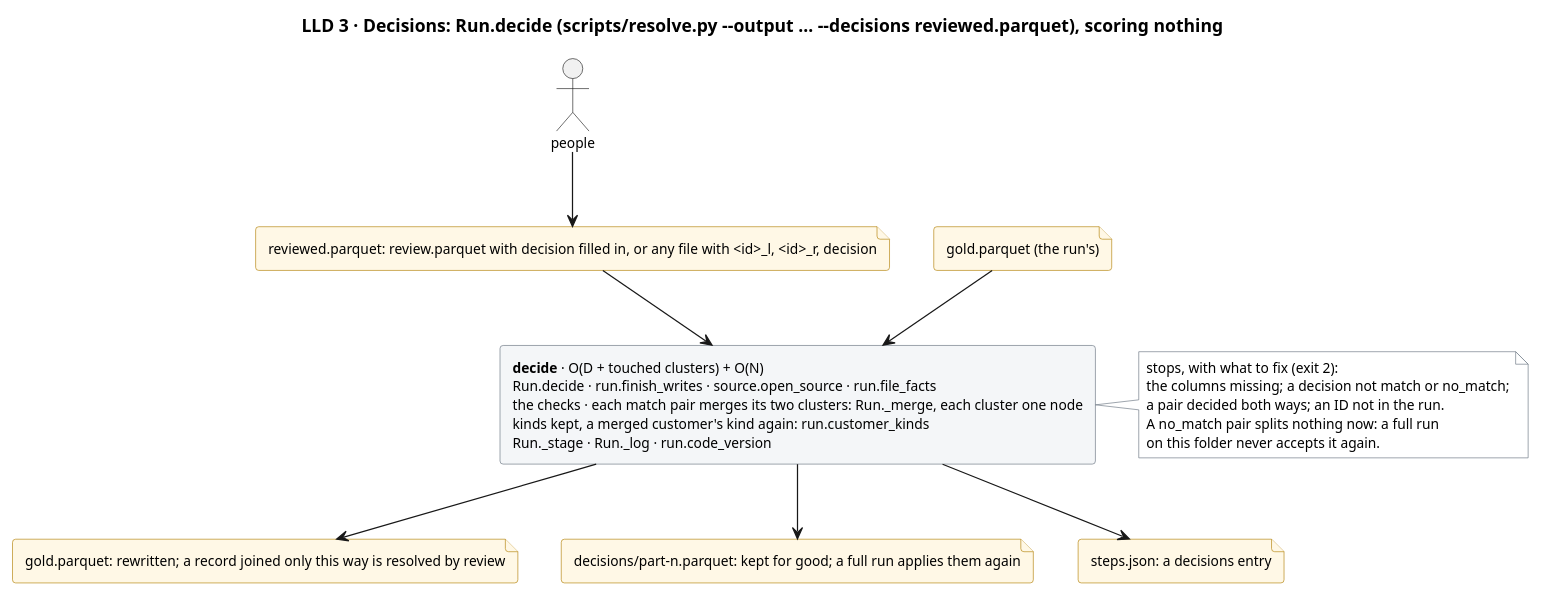
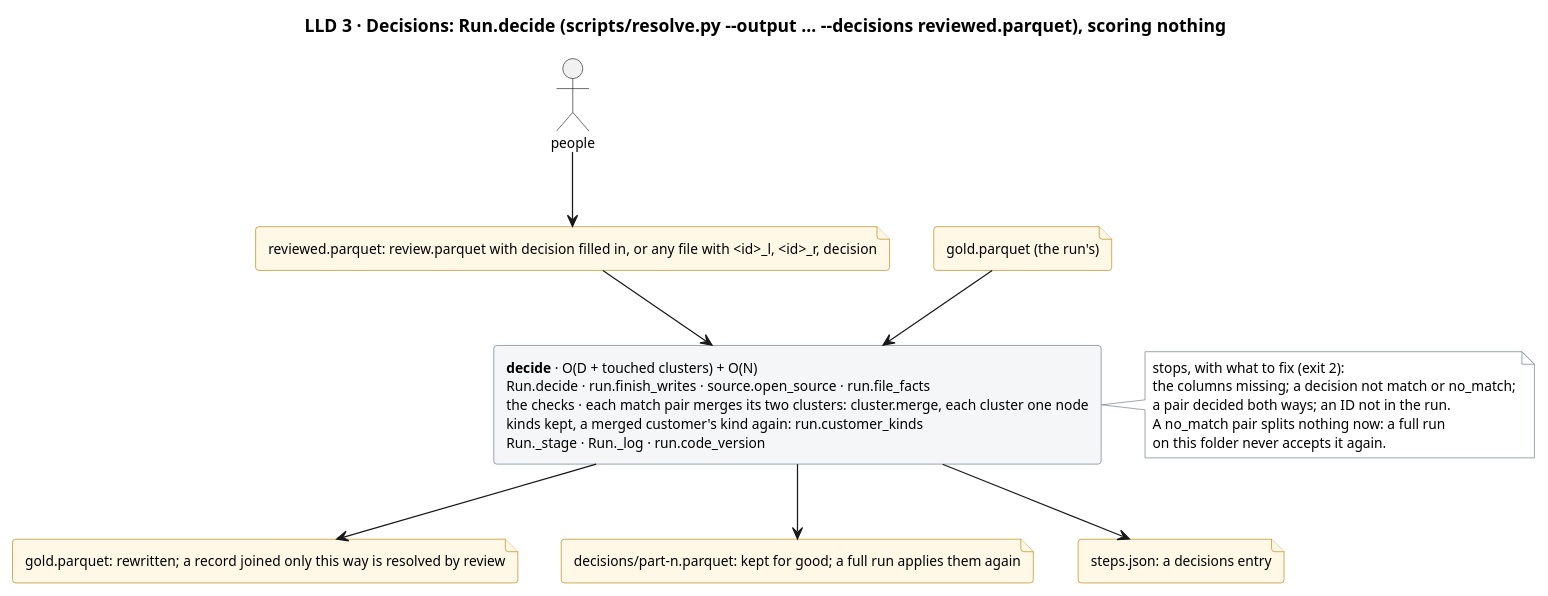
One commit to mvsbm/entity_matching changed the diagram in docs/diagrams/decisions.puml. Above: the diagram before and after it, drawn with PlantUML. The commit also changed 27 other files, not shown here.

First line of the commit message:
One engine: design time measures the run itself

```diff
--- a/docs/diagrams/decisions.puml
+++ b/docs/diagrams/decisions.puml
@@ -1,41 +1,41 @@
 @startuml decisions
 title LLD 3 · Decisions: Run.decide (scripts/resolve.py ~--output … ~--decisions reviewed.parquet), scoring nothing
 skinparam defaultFontSize 11
 skinparam rectangle {
   BackgroundColor #F4F6F8
   BorderColor #65717E
 }
 skinparam file {
   BackgroundColor #FFF8E6
   BorderColor #B07D00
 }
 skinparam note {
   BackgroundColor #FFFFFF
   BorderColor #65717E
 }
 
 actor "people" as people
 file "reviewed.parquet: review.parquet with decision filled in, or any file with <id>_l, <id>_r, decision" as f_decided
 file "gold.parquet (the run's)" as f_gold_in
 
-rectangle "<b>decide</b> · O(D + touched clusters) + O(N)\nRun.decide · run.finish_writes · source.open_source · run.file_facts\nthe checks · each match pair merges its two clusters: Run._merge, each cluster one node\nkinds kept, a merged customer's kind again: run.customer_kinds\nRun._stage · Run._log · run.code_version" as decide
+rectangle "<b>decide</b> · O(D + touched clusters) + O(N)\nRun.decide · run.finish_writes · source.open_source · run.file_facts\nthe checks · each match pair merges its two clusters: cluster.merge, each cluster one node\nkinds kept, a merged customer's kind again: run.customer_kinds\nRun._stage · Run._log · run.code_version" as decide
 
 note right of decide
   stops, with what to fix (exit 2):
   the columns missing; a decision not match or no_match;
   a pair decided both ways; an ID not in the run.
   A no_match pair splits nothing now: a full run
   on this folder never accepts it again.
 end note
 
 file "gold.parquet: rewritten; a record joined only this way is resolved by review" as f_gold_out
 file "decisions/part-n.parquet: kept for good; a full run applies them again" as f_kept
 file "steps.json: a decisions entry" as f_steps
 
 people --> f_decided
 f_decided --> decide
 f_gold_in --> decide
 decide --> f_gold_out
 decide --> f_kept
 decide --> f_steps
 @enduml
```
